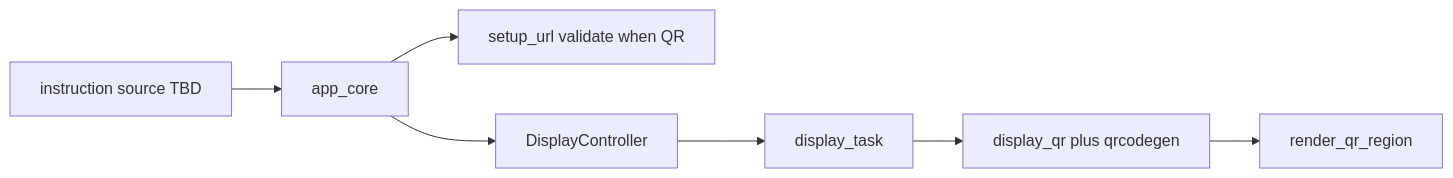
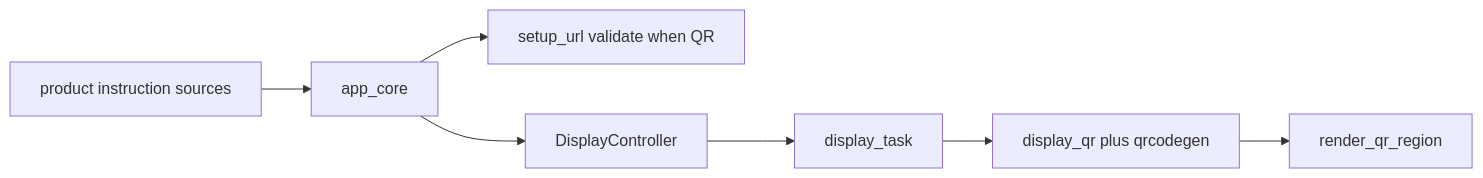
Before and after one commit to galopago/misistemhil: the diagram in b-hil-boards/b06_hil/firmware/docs/qr_encoder_interface.md, drawn with Mermaid. The commit also changed other lines of this file and 44 other files, not shown here.

First line of the commit message:
feat(b06_hil): add WiFi provisioning and OLED setup UX architecture

````diff
--- a/b-hil-boards/b06_hil/firmware/docs/qr_encoder_interface.md
+++ b/b-hil-boards/b06_hil/firmware/docs/qr_encoder_interface.md
@@ -88,9 +88,9 @@
 ```mermaid
 flowchart LR
-    InstructionSource[instruction source TBD] --> AppCore[app_core]
+    InstructionSource[product instruction sources] --> AppCore[app_core]
     AppCore --> SetupUrl[setup_url validate when QR]
     AppCore --> DisplayController[DisplayController]
     DisplayController --> DisplayTask[display_task]
     DisplayTask --> QrEncoder[display_qr plus qrcodegen]
     QrEncoder --> Renderer[render_qr_region]
 ```
````
